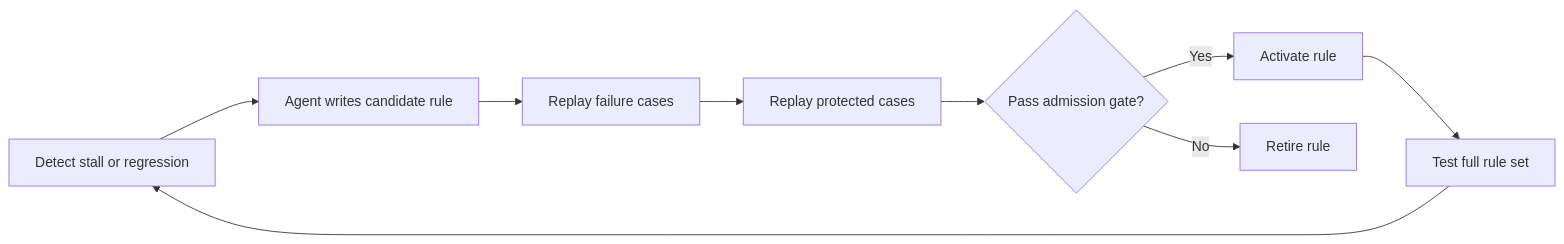
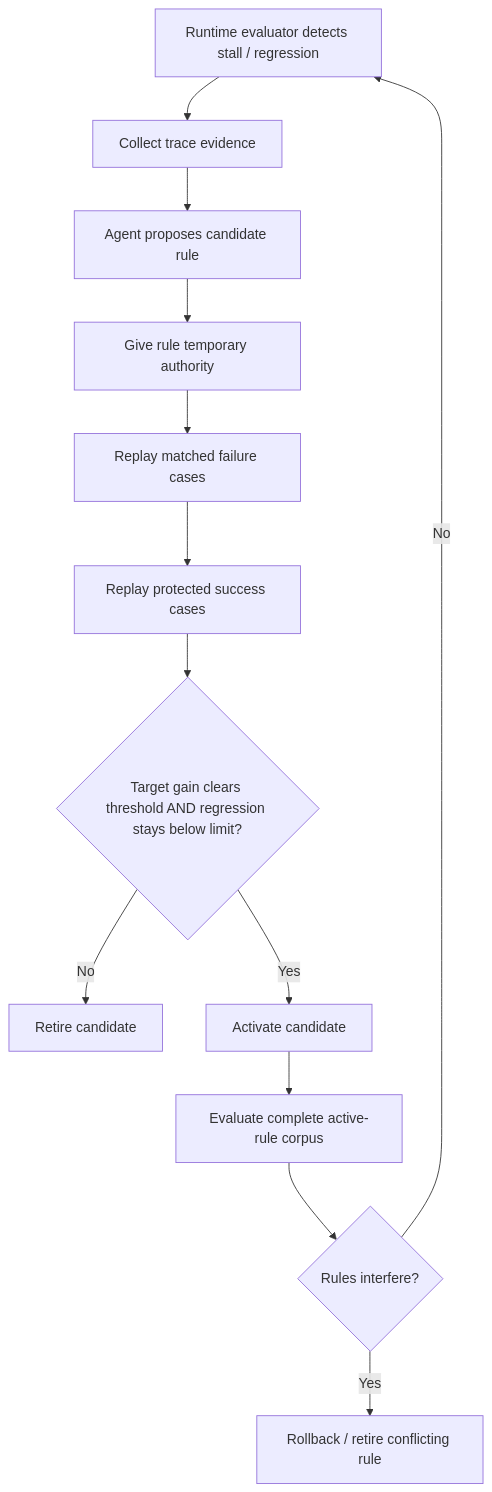
One commit to ShadowKingYT444/harness-papers-daily changed the diagram in _analyses/2609.24130.md. Above: the diagram before and after it, drawn with Mermaid. The commit also changed other lines of this file and 37 other files, not shown here.

````diff
--- a/_analyses/2609.24130.md
+++ b/_analyses/2609.24130.md
@@ -21,11 +46,15 @@
-```mermaid
-flowchart LR
-    A[Detect stall or regression] --> B[Agent writes candidate rule]
-    B --> C[Replay failure cases]
-    C --> D[Replay protected cases]
-    D --> E{Pass admission gate?}
-    E -- Yes --> F[Activate rule]
-    E -- No --> G[Retire rule]
-    F --> H[Test full rule set]
-    H --> A
-```
+~~~mermaid
+flowchart TD
+    A["Runtime evaluator detects stall / regression"] --> B["Collect trace evidence"]
+    B --> C["Agent proposes candidate rule"]
+    C --> D["Give rule temporary authority"]
+    D --> E["Replay matched failure cases"]
+    E --> F["Replay protected success cases"]
+    F --> G{"Target gain clears threshold AND regression stays below limit?"}
+    G -- "No" --> H["Retire candidate"]
+    G -- "Yes" --> I["Activate candidate"]
+    I --> J["Evaluate complete active-rule corpus"]
+    J --> K{"Rules interfere?"}
+    K -- "Yes" --> L["Rollback / retire conflicting rule"]
+    K -- "No" --> A
+~~~
````
